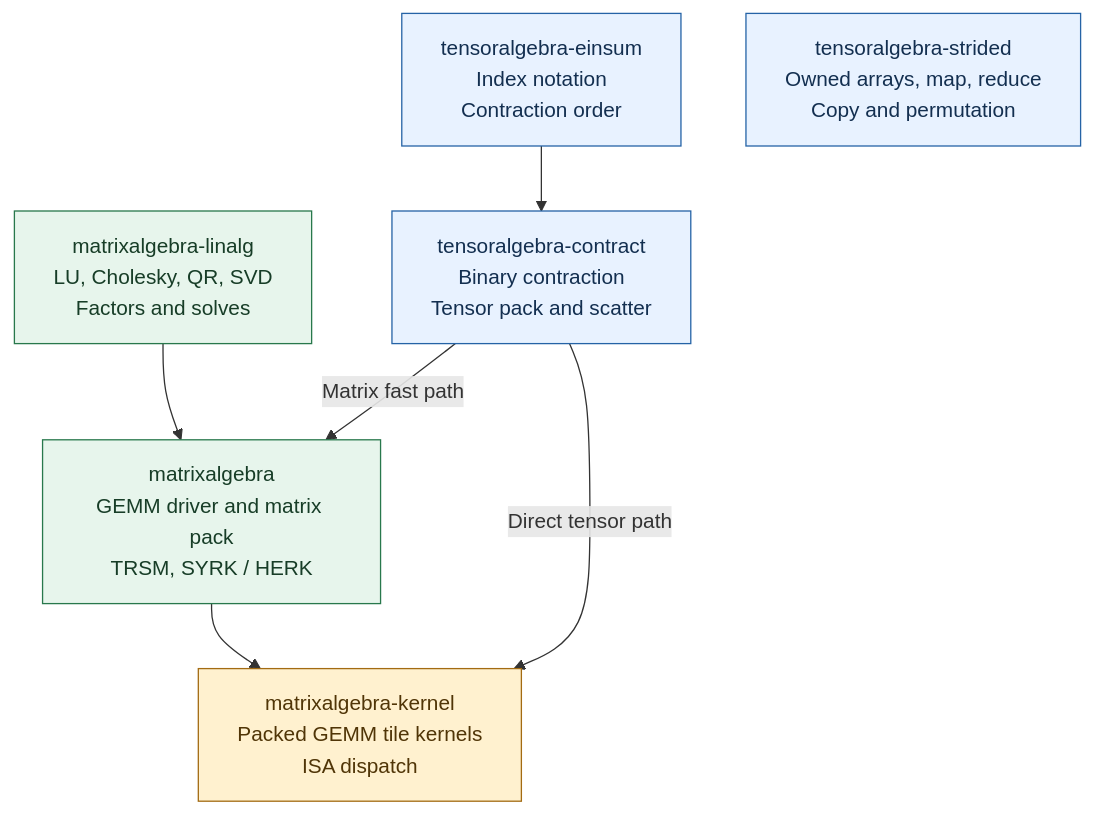
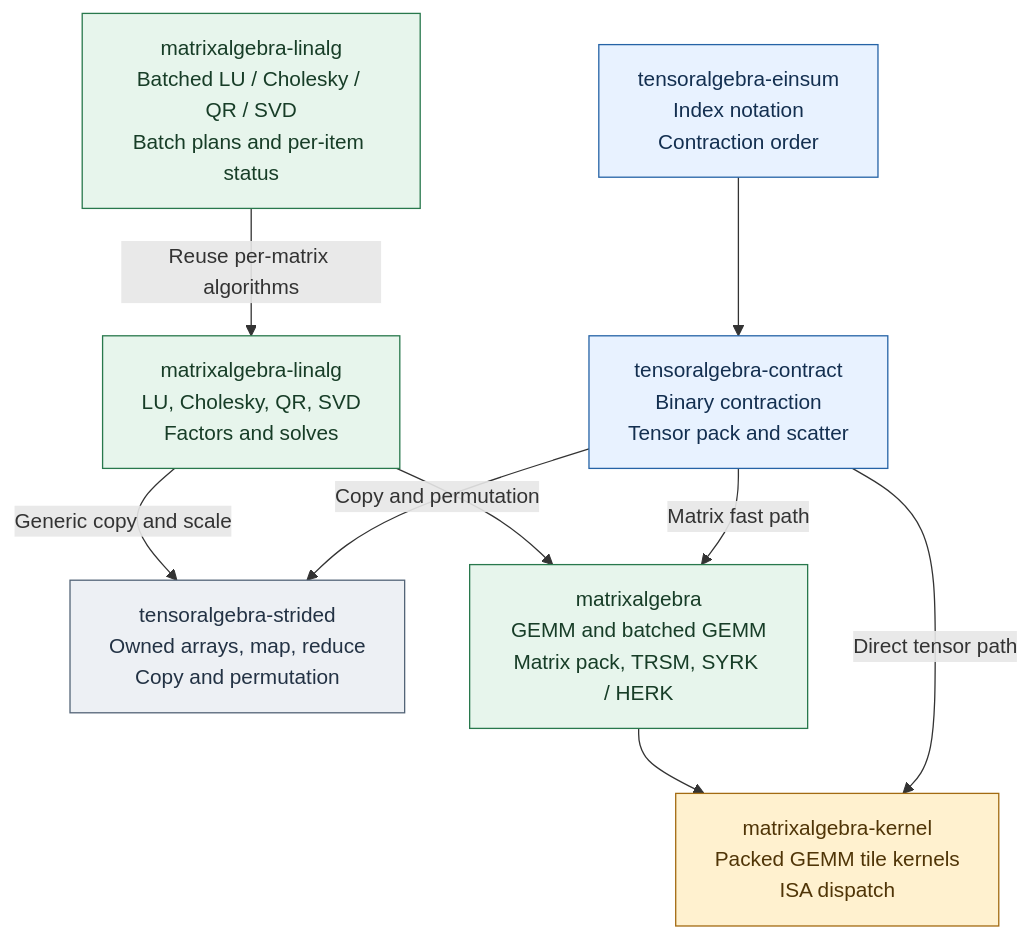
Before and after one commit to shinaoka/tensoralgebra-rs: the first of 4 diagrams in README.md, drawn with Mermaid. The commit also changed other lines of this file and 1 other file, not shown here.

Commit message:
Show shared strided dependencies and batched linalg responsibilities

````diff
--- a/README.md
+++ b/README.md
@@ -17,20 +18,26 @@
 ```mermaid
 flowchart TB
     E["tensoralgebra-einsum<br/>Index notation<br/>Contraction order"]
     C["tensoralgebra-contract<br/>Binary contraction<br/>Tensor pack and scatter"]
     S["tensoralgebra-strided<br/>Owned arrays, map, reduce<br/>Copy and permutation"]
+    B["matrixalgebra-linalg<br/>Batched LU / Cholesky / QR / SVD<br/>Batch plans and per-item status"]
     L["matrixalgebra-linalg<br/>LU, Cholesky, QR, SVD<br/>Factors and solves"]
-    M["matrixalgebra<br/>GEMM driver and matrix pack<br/>TRSM, SYRK / HERK"]
+    M["matrixalgebra<br/>GEMM and batched GEMM<br/>Matrix pack, TRSM, SYRK / HERK"]
     K["matrixalgebra-kernel<br/>Packed GEMM tile kernels<br/>ISA dispatch"]
     E --> C
+    B -->|"Reuse per-matrix algorithms"| L
     L --> M
+    L -->|"Generic copy and scale"| S
     M --> K
+    C -->|"Copy and permutation"| S
     C -->|"Matrix fast path"| M
     C -->|"Direct tensor path"| K
     classDef tensorLayer fill:#e8f2ff,stroke:#2563a6,color:#132f50
     classDef matrixLayer fill:#e7f5ec,stroke:#28784c,color:#173d27
     classDef kernelLayer fill:#fff1cf,stroke:#a36b12,color:#503507
-    class E,C,S tensorLayer
-    class L,M matrixLayer
+    classDef sharedLayer fill:#edf0f4,stroke:#536477,color:#233244
+    class E,C tensorLayer
+    class S sharedLayer
+    class B,L,M matrixLayer
     class K kernelLayer
 ```
````
